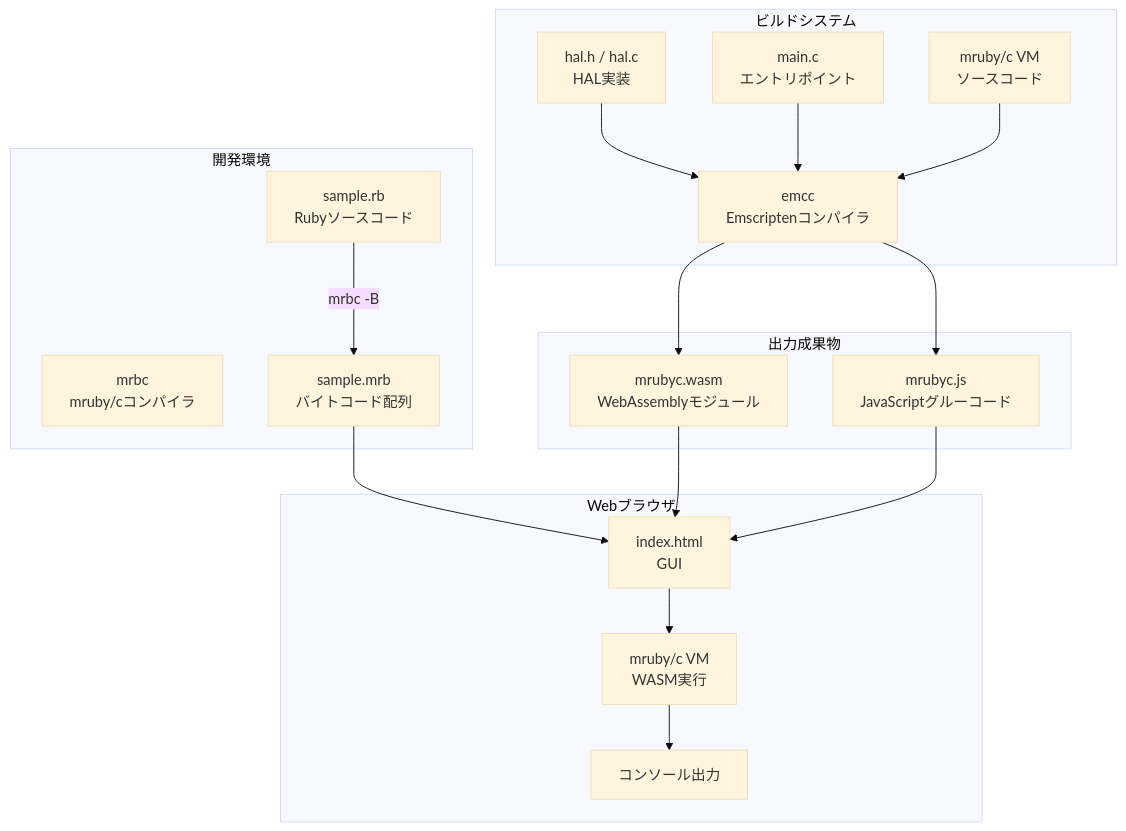
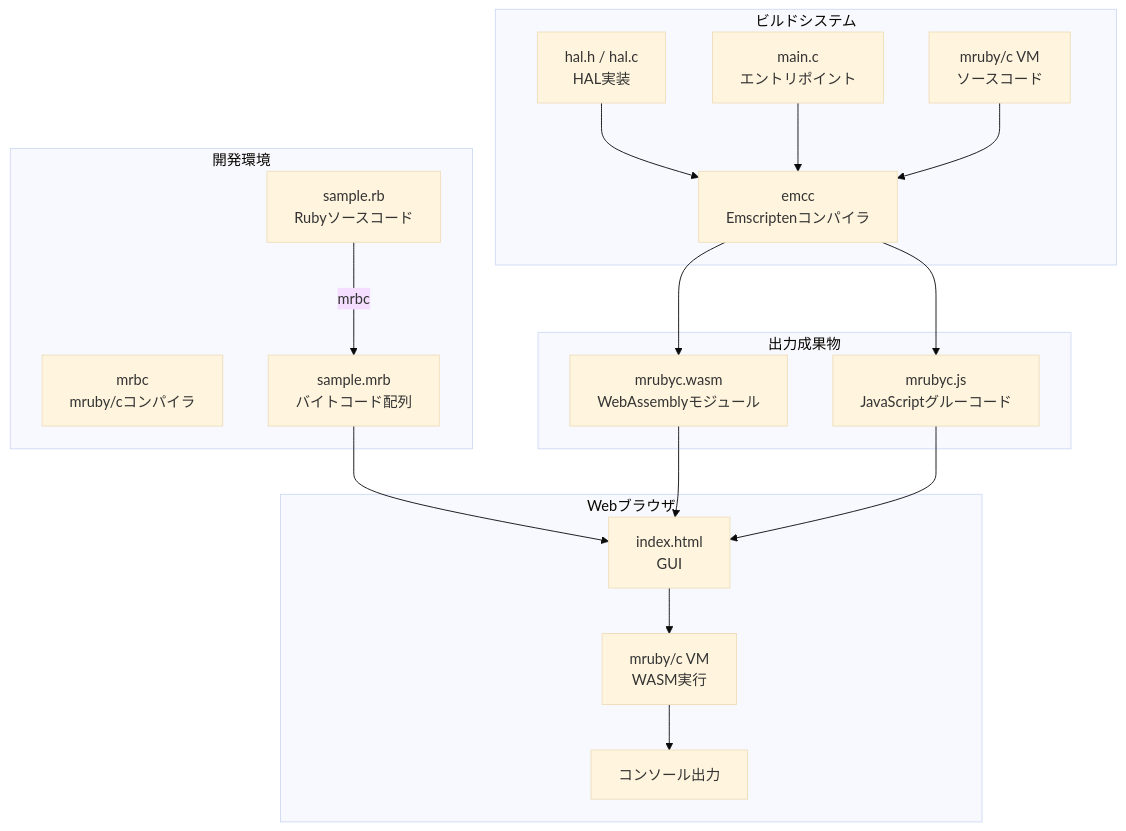
One commit to uist1idrju3i/study-WebSimulator changed the first of 6 diagrams in README.md. Above: the diagram before and after it, drawn with Mermaid (base theme).

Commit message:
fix: Update diagram in README.md to reflect correct command for bytecode compilation

````diff
--- a/README.md
+++ b/README.md
@@ -15,39 +15,39 @@
 ```mermaid
 graph TB
     subgraph "開発環境"
         RB[sample.rb<br/>Rubyソースコード]
         MRBC[mrbc<br/>mruby/cコンパイラ]
         BC[sample.mrb<br/>バイトコード配列]
     end
     
     subgraph "ビルドシステム"
         HAL[hal.h / hal.c<br/>HAL実装]
         MAIN[main.c<br/>エントリポイント]
         MRUBYC[mruby/c VM<br/>ソースコード]
         EMCC[emcc<br/>Emscriptenコンパイラ]
     end
     
     subgraph "出力成果物"
         WASM[mrubyc.wasm<br/>WebAssemblyモジュール]
         JS[mrubyc.js<br/>JavaScriptグルーコード]
     end
     
     subgraph "Webブラウザ"
         HTML[index.html<br/>GUI]
         RUNTIME[mruby/c VM<br/>WASM実行]
         OUTPUT[コンソール出力]
     end
     
-    RB -->|mrbc -B| BC
+    RB -->|mrbc| BC
     BC --> HTML
     HAL --> EMCC
     MAIN --> EMCC
     MRUBYC --> EMCC
     EMCC --> WASM
     EMCC --> JS
     
     WASM --> HTML
     JS --> HTML
     HTML --> RUNTIME
     RUNTIME --> OUTPUT
 ```
````
